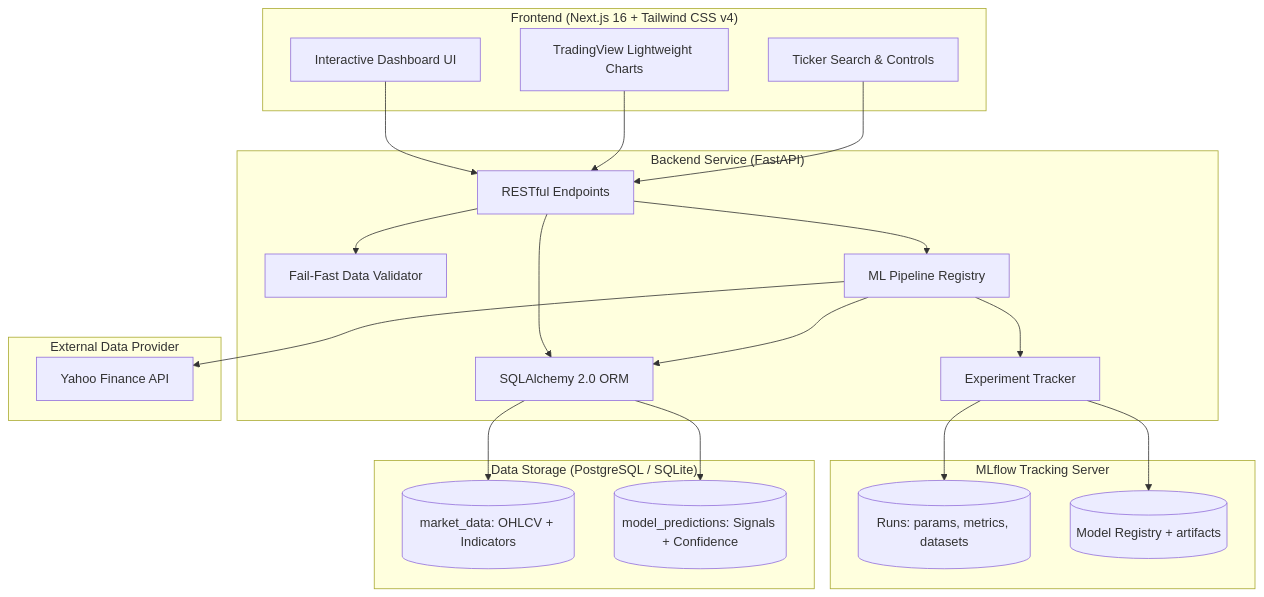
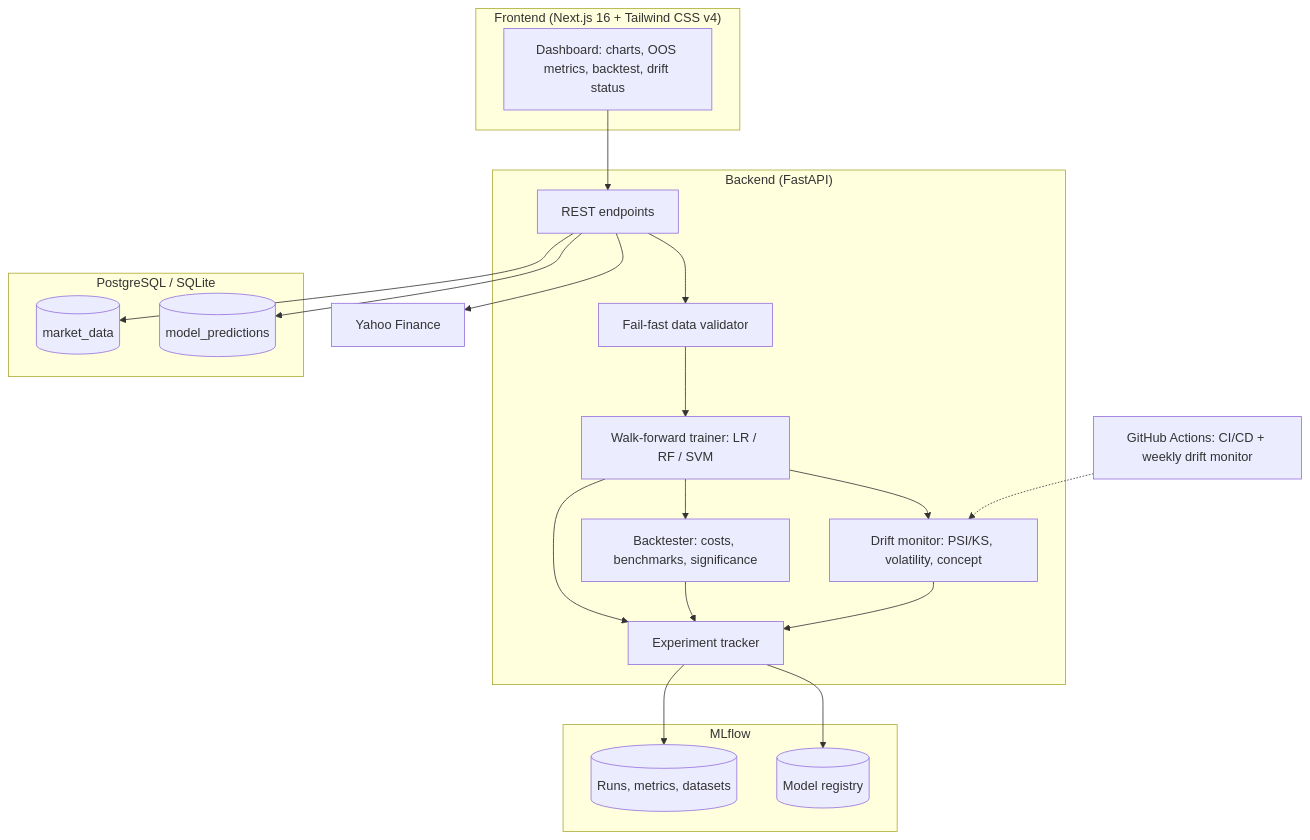
The first of 2 diagrams in README.md (Ayan13sp/Algorithmic_Market_Analyzer), drawn with Mermaid before and after one commit. The commit also changed other lines of this file and 3 other files, not shown here.

````diff
--- a/README.md
+++ b/README.md
@@ -32,44 +60,41 @@
 ```mermaid
 graph TB
     subgraph Client ["Frontend (Next.js 16 + Tailwind CSS v4)"]
-        UI[Interactive Dashboard UI]
-        TC[TradingView Lightweight Charts]
-        TS[Ticker Search & Controls]
+        UI[Dashboard: charts, OOS metrics, backtest, drift status]
     end
 
-    subgraph Service ["Backend Service (FastAPI)"]
-        API[RESTful Endpoints]
-        VAL[Fail-Fast Data Validator]
-        ML[ML Pipeline Registry]
-        SA[SQLAlchemy 2.0 ORM]
-        TR[Experiment Tracker]
+    subgraph Service ["Backend (FastAPI)"]
+        API[REST endpoints]
+        VAL[Fail-fast data validator]
+        WF[Walk-forward trainer: LR / RF / SVM]
+        BT[Backtester: costs, benchmarks, significance]
+        DR[Drift monitor: PSI/KS, volatility, concept]
+        TR[Experiment tracker]
     end
 
-    subgraph MLOps ["MLflow Tracking Server"]
-        RUNS[(Runs: params, metrics, datasets)]
-        REG[(Model Registry + artifacts)]
+    subgraph MLOps ["MLflow"]
+        RUNS[(Runs, metrics, datasets)]
+        REG[(Model registry)]
     end
 
-    subgraph DataLayer ["Data Storage (PostgreSQL / SQLite)"]
-        MD[(market_data: OHLCV + Indicators)]
-        MP[(model_predictions: Signals + Confidence)]
+    subgraph DataLayer ["PostgreSQL / SQLite"]
+        MD[(market_data)]
+        MP[(model_predictions)]
     end
 
-    subgraph External ["External Data Provider"]
-        YF[Yahoo Finance API]
-    end
+    YF[Yahoo Finance]
+    GHA[GitHub Actions: CI/CD + weekly drift monitor]
 
     UI --> API
-    TC --> API
-    TS --> API
-    API --> VAL
-    API --> ML
-    API --> SA
-    ML --> YF
-    ML --> SA
-    ML --> TR
+    API --> YF
+    API --> VAL --> WF --> BT
+    WF --> DR
+    API --> MD
+    API --> MP
+    WF --> TR
+    BT --> TR
+    DR --> TR
     TR --> RUNS
     TR --> REG
-    SA --> MD
-    SA --> MP
+    GHA -.-> DR
 ```
````
